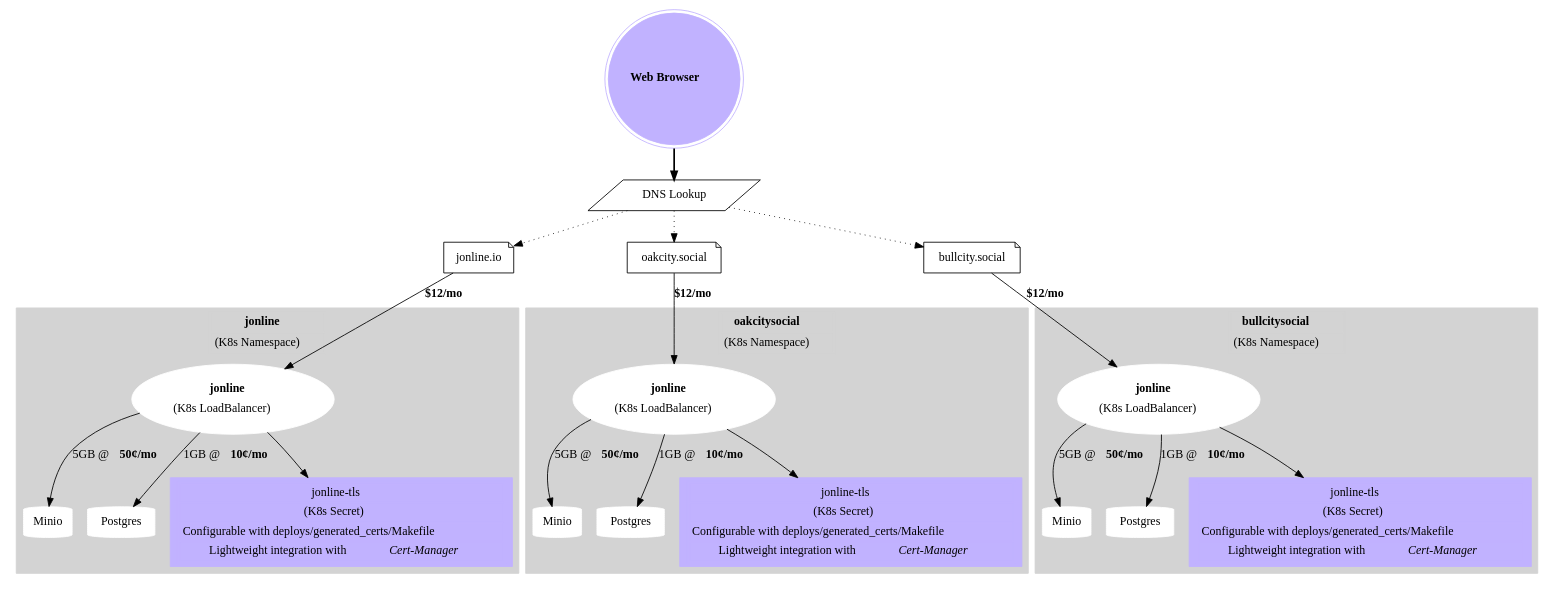
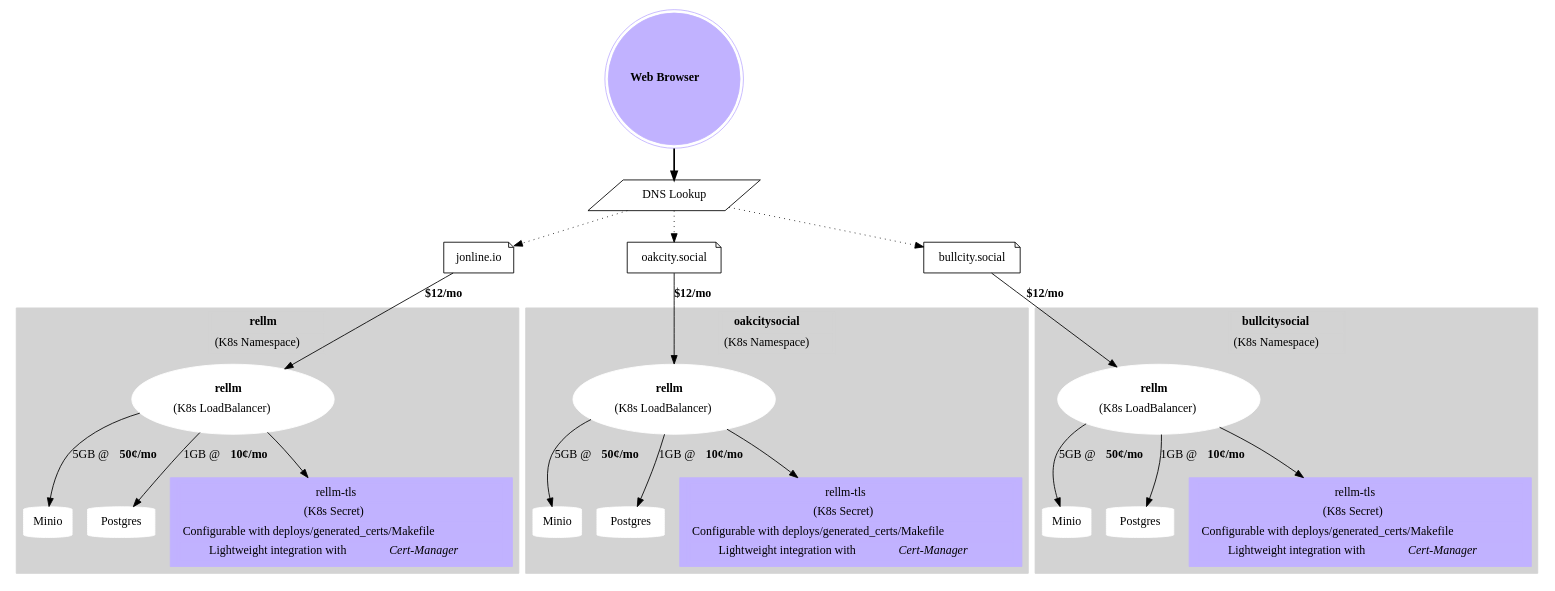
One commit to JonLatane/jonline changed the diagram in docs/architecture/Kubernetes_Deployment.dot. Above: the diagram before and after it, drawn with Graphviz. The commit also changed 567 other files, not shown here.

```diff
--- a/docs/architecture/Kubernetes_Deployment.dot
+++ b/docs/architecture/Kubernetes_Deployment.dot
@@ -1,77 +1,77 @@
 digraph G {
   size = "100,100";
   browser [shape = doublecircle;style = filled;color = ".7 .3 1.0";label = <<b>Web Browser</b>>;];
   resolve_dns [shape=parallelogram label = "DNS Lookup";];
   browser -> resolve_dns [style = bold;];
-  jonlineio [shape=note label = "jonline.io";];
+  rellmio [shape=note label = "jonline.io";];
   oakcitysocial [shape=note label = "oakcity.social";];
   bullcitysocial [shape=note label = "bullcity.social";];
   
-  resolve_dns -> jonlineio [style = dotted;];
+  resolve_dns -> rellmio [style = dotted;];
   resolve_dns -> oakcitysocial [style = dotted;];
   resolve_dns -> bullcitysocial [style = dotted;];
   
   subgraph cluster0 {
-    label = <<table><tr><td><b>jonline</b></td></tr><tr><td>(K8s Namespace)</td></tr></table>>;
+    label = <<table><tr><td><b>rellm</b></td></tr><tr><td>(K8s Namespace)</td></tr></table>>;
     node [style = filled; color = white;];
     style = filled;
     color = lightgrey;
     
-    jonline0 [label = <<table><tr><td><b>jonline</b></td></tr><tr><td>(K8s LoadBalancer)</td></tr></table>>];
+    rellm0 [label = <<table><tr><td><b>rellm</b></td></tr><tr><td>(K8s LoadBalancer)</td></tr></table>>];
     minio0 [shape=cylinder label = "Minio";];
     postgres0 [shape=cylinder label = "Postgres";];
-    tls0 [shape = "box";color = ".7 .3 1.0";label = <<table><tr><td>jonline-tls</td></tr><tr><td>(K8s Secret)</td></tr><tr><td>Configurable with deploys/generated_certs/Makefile</td></tr><tr><td>Lightweight integration with&nbsp;<i>Cert-Manager</i></td></tr></table>>;];
+    tls0 [shape = "box";color = ".7 .3 1.0";label = <<table><tr><td>rellm-tls</td></tr><tr><td>(K8s Secret)</td></tr><tr><td>Configurable with deploys/generated_certs/Makefile</td></tr><tr><td>Lightweight integration with&nbsp;<i>Cert-Manager</i></td></tr></table>>;];
     
-    jonline0 -> minio0 [label=<5GB @ <b>50¢/mo</b>>];
-    jonline0 -> postgres0 [label=<1GB @ <b>10¢/mo</b>>];
-    jonline0 -> tls0;
+    rellm0 -> minio0 [label=<5GB @ <b>50¢/mo</b>>];
+    rellm0 -> postgres0 [label=<1GB @ <b>10¢/mo</b>>];
+    rellm0 -> tls0;
   }
   
-  jonlineio -> jonline0 [label=<<b>$12/mo</b>>];
+  rellmio -> rellm0 [label=<<b>$12/mo</b>>];
   
   subgraph cluster1 {
     label = <<table><tr><td><b>oakcitysocial</b></td></tr><tr><td>(K8s Namespace)</td></tr></table>>;
     node [style = filled; color = white;];
     style = filled;
     color = lightgrey;
     
-    jonline1 [label = <<table><tr><td><b>jonline</b></td></tr><tr><td>(K8s LoadBalancer)</td></tr></table>>;];
+    rellm1 [label = <<table><tr><td><b>rellm</b></td></tr><tr><td>(K8s LoadBalancer)</td></tr></table>>;];
     minio1 [shape=cylinder label = "Minio";];
     postgres1 [shape=cylinder label = "Postgres";];
     
-    jonline1 -> minio1 [label=<5GB @ <b>50¢/mo</b>>];
-    jonline1 -> postgres1 [label=<1GB @ <b>10¢/mo</b>>];
-    tls1 [shape = "box";color = ".7 .3 1.0";label = <<table><tr><td>jonline-tls</td></tr><tr><td>(K8s Secret)</td></tr><tr><td>Configurable with deploys/generated_certs/Makefile</td></tr><tr><td>Lightweight integration with&nbsp;<i>Cert-Manager</i></td></tr></table>>;];
-    jonline1 -> tls1;
+    rellm1 -> minio1 [label=<5GB @ <b>50¢/mo</b>>];
+    rellm1 -> postgres1 [label=<1GB @ <b>10¢/mo</b>>];
+    tls1 [shape = "box";color = ".7 .3 1.0";label = <<table><tr><td>rellm-tls</td></tr><tr><td>(K8s Secret)</td></tr><tr><td>Configurable with deploys/generated_certs/Makefile</td></tr><tr><td>Lightweight integration with&nbsp;<i>Cert-Manager</i></td></tr></table>>;];
+    rellm1 -> tls1;
   }
-  oakcitysocial -> jonline1 [label=<<b>$12/mo</b>>];
+  oakcitysocial -> rellm1 [label=<<b>$12/mo</b>>];
   
   subgraph cluster2 {
     label = <<table><tr><td><b>bullcitysocial</b></td></tr><tr><td>(K8s Namespace)</td></tr></table>>;
     node [style = filled; color = white;];
     style = filled;
     color = lightgrey;
     
-    jonline2 [label = <<table><tr><td><b>jonline</b></td></tr><tr><td>(K8s LoadBalancer)</td></tr></table>>;];
+    rellm2 [label = <<table><tr><td><b>rellm</b></td></tr><tr><td>(K8s LoadBalancer)</td></tr></table>>;];
     minio2 [label = "Minio" shape=cylinder];
     postgres2 [label = "Postgres" shape=cylinder];
     
-    jonline2 -> minio2 [label=<5GB @ <b>50¢/mo</b>>];
-    jonline2 -> postgres2 [label=<1GB @ <b>10¢/mo</b>>];
-    tls2 [shape = "box";color = ".7 .3 1.0";label = <<table><tr><td>jonline-tls</td></tr><tr><td>(K8s Secret)</td></tr><tr><td>Configurable with deploys/generated_certs/Makefile</td></tr><tr><td>Lightweight integration with&nbsp;<i>Cert-Manager</i></td></tr></table>>;];
-    jonline2 -> tls2;
+    rellm2 -> minio2 [label=<5GB @ <b>50¢/mo</b>>];
+    rellm2 -> postgres2 [label=<1GB @ <b>10¢/mo</b>>];
+    tls2 [shape = "box";color = ".7 .3 1.0";label = <<table><tr><td>rellm-tls</td></tr><tr><td>(K8s Secret)</td></tr><tr><td>Configurable with deploys/generated_certs/Makefile</td></tr><tr><td>Lightweight integration with&nbsp;<i>Cert-Manager</i></td></tr></table>>;];
+    rellm2 -> tls2;
   }
-  bullcitysocial -> jonline2 [label=<<b>$12/mo</b>>];
+  bullcitysocial -> rellm2 [label=<<b>$12/mo</b>>];
   
   // certs -> tls0;
   // certs -> tls1;
   // certs -> tls2;
   // resolve_dns ->  [style=dotted] bullcitysocial;
   // execute -> { make_string; printf}
-  // jonlineio -> make_string;
+  // rellmio -> make_string;
   // edge [color=red];
   // jbl -> printf [style=bold,label="100 times"];
   // make_string [label="make a\nstring"];
   // node [shape=box,style=filled,color=".7 .3 1.0"];
   // execute -> compare;
 }
```
